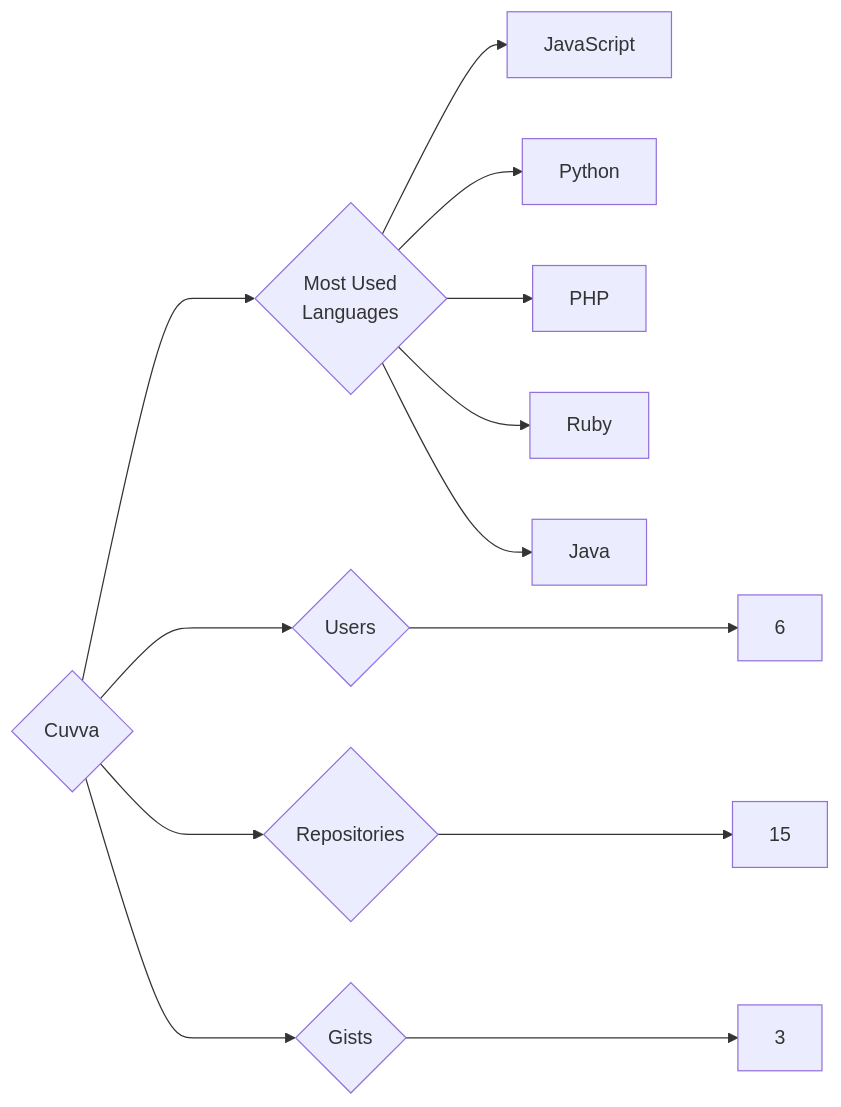
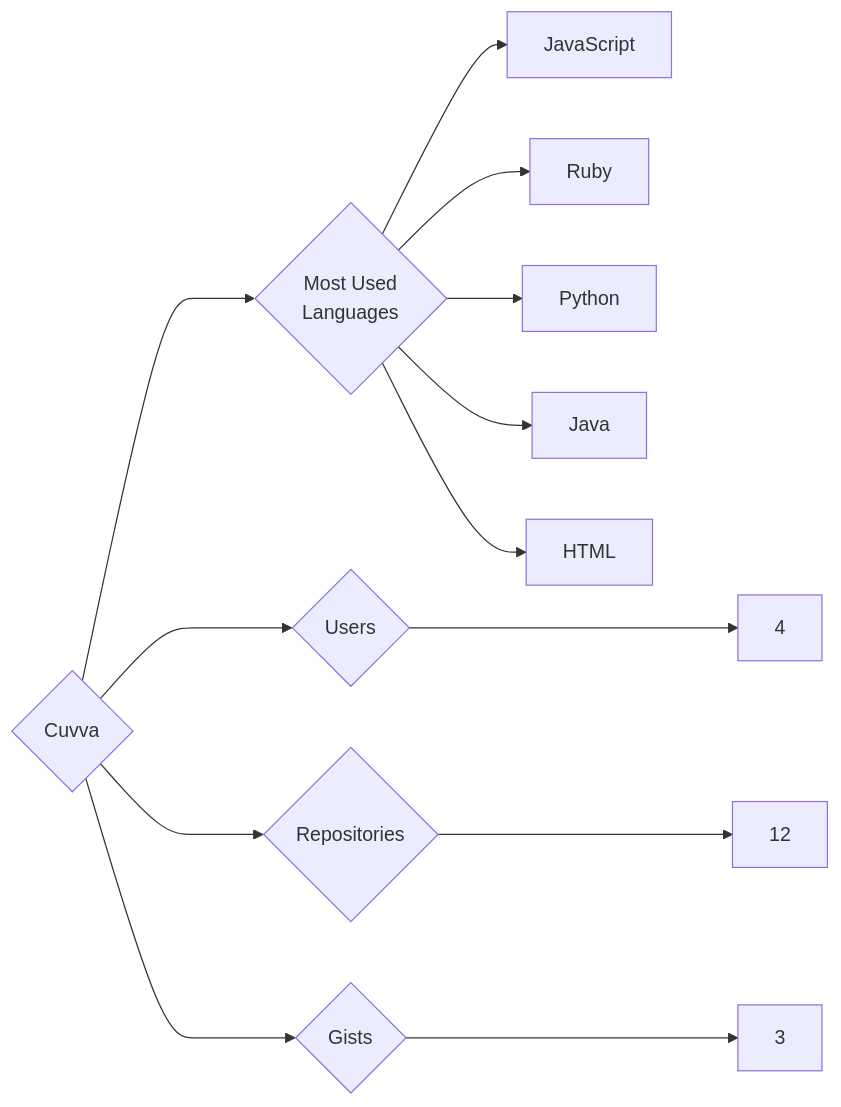
Before and after one commit to trickest/insiders: the diagram in targets/Cuvva/README.md, drawn with Mermaid. The commit also changed 1148 other files, not shown here.

````diff
--- a/targets/Cuvva/README.md
+++ b/targets/Cuvva/README.md
@@ -3,13 +3,13 @@
 ```mermaid
 graph LR
 COMPANY_NAME{Cuvva}
-COMPANY_NAME ---> U{Users} ---> UN[6]
-COMPANY_NAME ---> R{Repositories} ---> RN[15]
+COMPANY_NAME ---> U{Users} ---> UN[4]
+COMPANY_NAME ---> R{Repositories} ---> RN[12]
 COMPANY_NAME ---> G{Gists} ---> GN[3]
 COMPANY_NAME ---> ML{Most Used<br>Languages}
 ML --> JavaScript[JavaScript]
+ML --> Ruby[Ruby]
 ML --> Python[Python]
-ML --> PHP[PHP]
-ML --> Ruby[Ruby]
 ML --> Java[Java]
+ML --> HTML[HTML]
 ```
````
